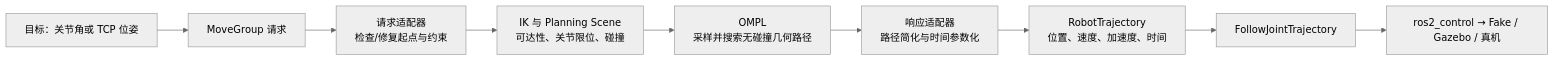
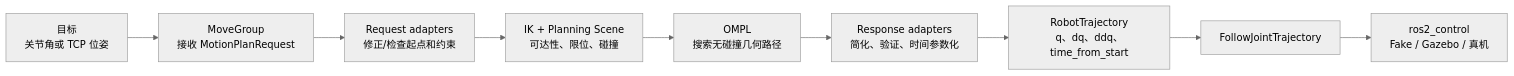
One commit to 2799063570/manipulator-control changed the diagram in obsidian_机器人仿真与真机部署教程/31-OMPL与MoveIt规划管线学习手册.md. Above: the diagram before and after it, drawn with Mermaid (neutral theme). The commit also changed other lines of this file and 2 other files, not shown here.

````diff
--- a/obsidian_机器人仿真与真机部署教程/31-OMPL与MoveIt规划管线学习手册.md
+++ b/obsidian_机器人仿真与真机部署教程/31-OMPL与MoveIt规划管线学习手册.md
@@ -13,11 +61,11 @@
 ```mermaid
 flowchart LR
-  A["目标：关节角或 TCP 位姿"] --> B["MoveGroup 请求"]
-  B --> C["请求适配器<br/>检查/修复起点与约束"]
-  C --> D["IK 与 Planning Scene<br/>可达性、关节限位、碰撞"]
-  D --> E["OMPL<br/>采样并搜索无碰撞几何路径"]
-  E --> F["响应适配器<br/>路径简化与时间参数化"]
-  F --> G["RobotTrajectory<br/>位置、速度、加速度、时间"]
+  A["目标<br/>关节角或 TCP 位姿"] --> B["MoveGroup<br/>接收 MotionPlanRequest"]
+  B --> C["Request adapters<br/>修正/检查起点和约束"]
+  C --> D["IK + Planning Scene<br/>可达性、限位、碰撞"]
+  D --> E["OMPL<br/>搜索无碰撞几何路径"]
+  E --> F["Response adapters<br/>简化、验证、时间参数化"]
+  F --> G["RobotTrajectory<br/>q、dq、ddq、time_from_start"]
   G --> H["FollowJointTrajectory"]
-  H --> I["ros2_control → Fake / Gazebo / 真机"]
+  H --> I["ros2_control<br/>Fake / Gazebo / 真机"]
 ```
````
